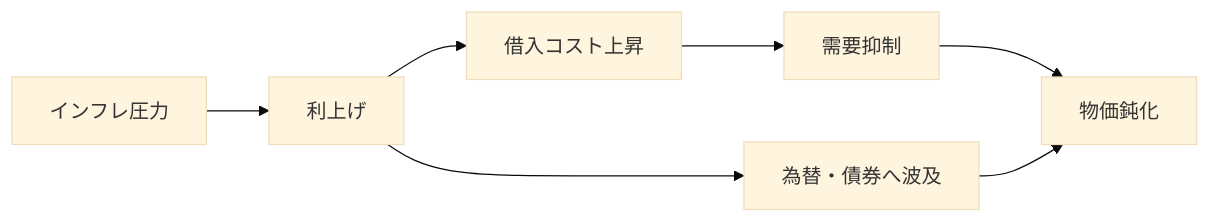
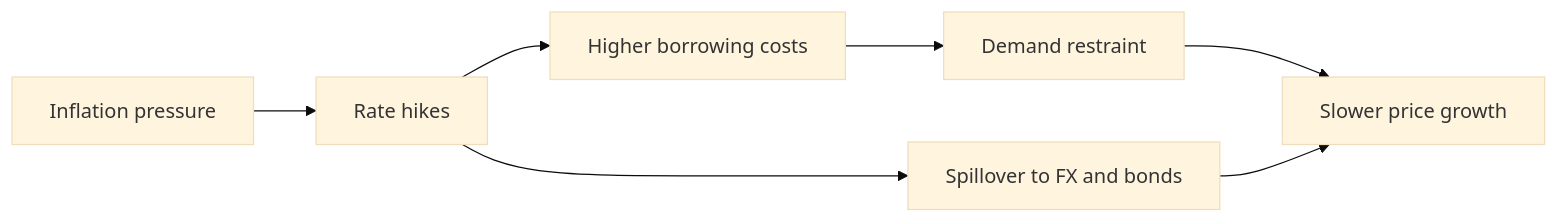
One commit to daylight55/research changed the first of 5 diagrams in content/blog/en/interest-rate-policy-primer.mdx. Above: the diagram before and after it, drawn with Mermaid (base theme). The commit also changed other lines of this file and 26 other files, not shown here.

Commit message:
Translate English Mermaid labels

````diff
--- a/content/blog/en/interest-rate-policy-primer.mdx
+++ b/content/blog/en/interest-rate-policy-primer.mdx
@@ -22,9 +22,9 @@
 ```mermaid
 flowchart LR
-  P["インフレ圧力"] --> R["利上げ"]
-  R --> B["借入コスト上昇"]
-  B --> D["需要抑制"]
-  D --> S["物価鈍化"]
-  R --> FX["為替・債券へ波及"]
+  P["Inflation pressure"] --> R["Rate hikes"]
+  R --> B["Higher borrowing costs"]
+  B --> D["Demand restraint"]
+  D --> S["Slower price growth"]
+  R --> FX["Spillover to FX and bonds"]
   FX --> S
 ```
````
